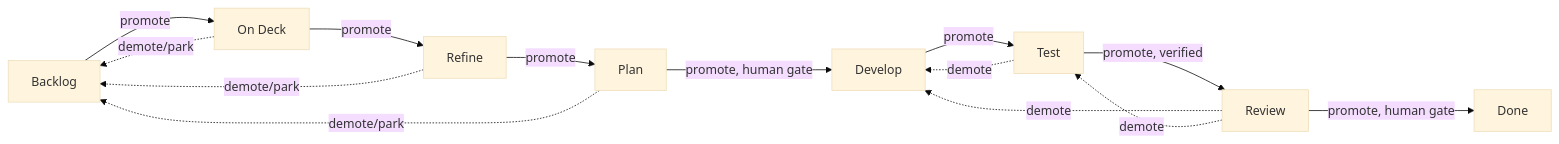
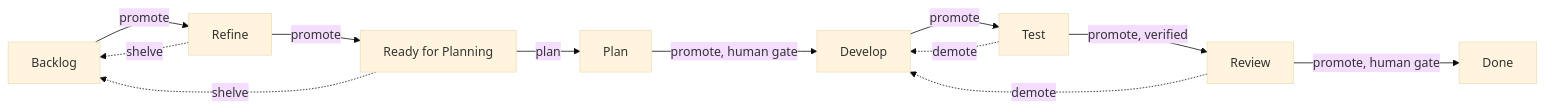
The diagram in README.md (kburson/ai-task-manager), drawn with Mermaid (base theme) before and after one commit. The commit also changed other lines of this file and 5 other files, not shown here.

````diff
--- a/README.md
+++ b/README.md
@@ -105,16 +105,14 @@
 ```mermaid
 flowchart LR
-    Backlog -->|promote| OnDeck["On Deck"]
-    OnDeck -->|promote| Refine
-    Refine -->|promote| Plan
+    Backlog -->|promote| Refine
+    Refine -->|promote| ReadyForPlanning["Ready for Planning"]
+    ReadyForPlanning -->|plan| Plan
     Plan -->|promote, human gate| Develop
     Develop -->|promote| Test
     Test -->|promote, verified| Review
     Review -->|promote, human gate| Done
-    OnDeck -.->|demote/park| Backlog
-    Refine -.->|demote/park| Backlog
-    Plan -.->|demote/park| Backlog
+    Refine -.->|shelve| Backlog
+    ReadyForPlanning -.->|shelve| Backlog
     Test -.->|demote| Develop
     Review -.->|demote| Develop
-    Review -.->|demote| Test
 ```
````
